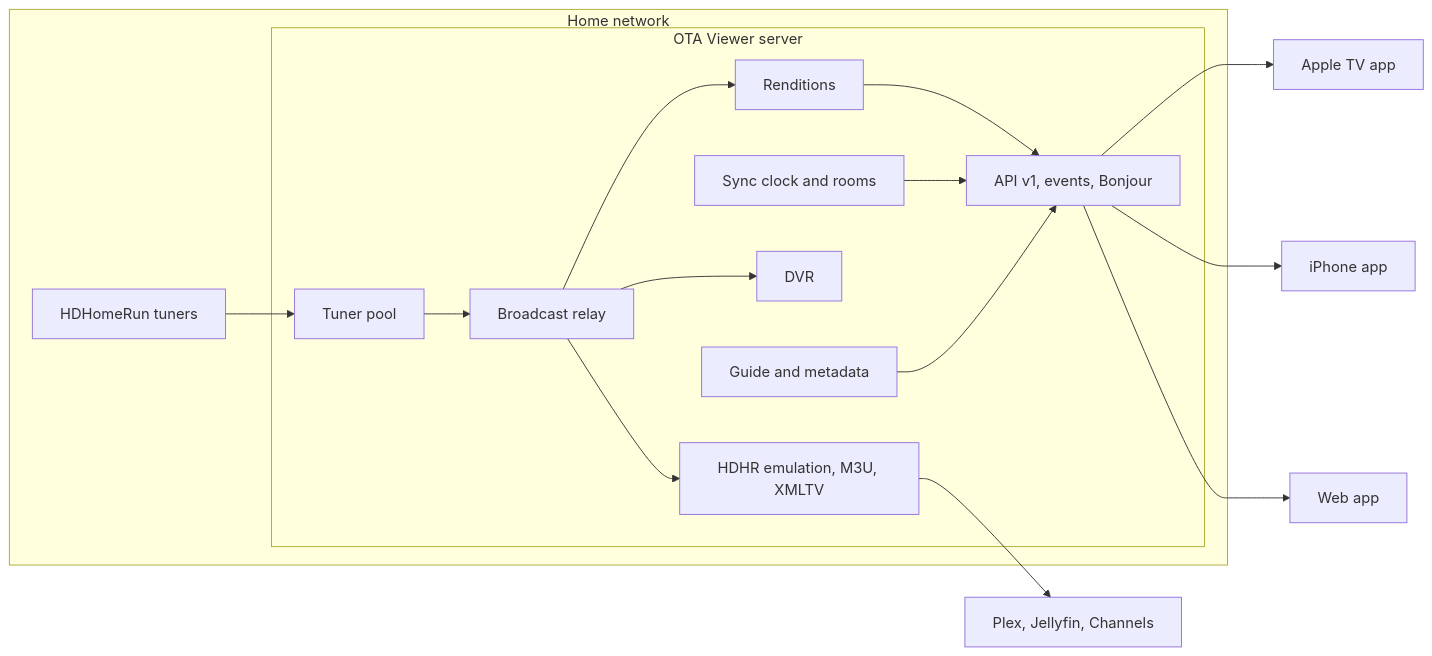
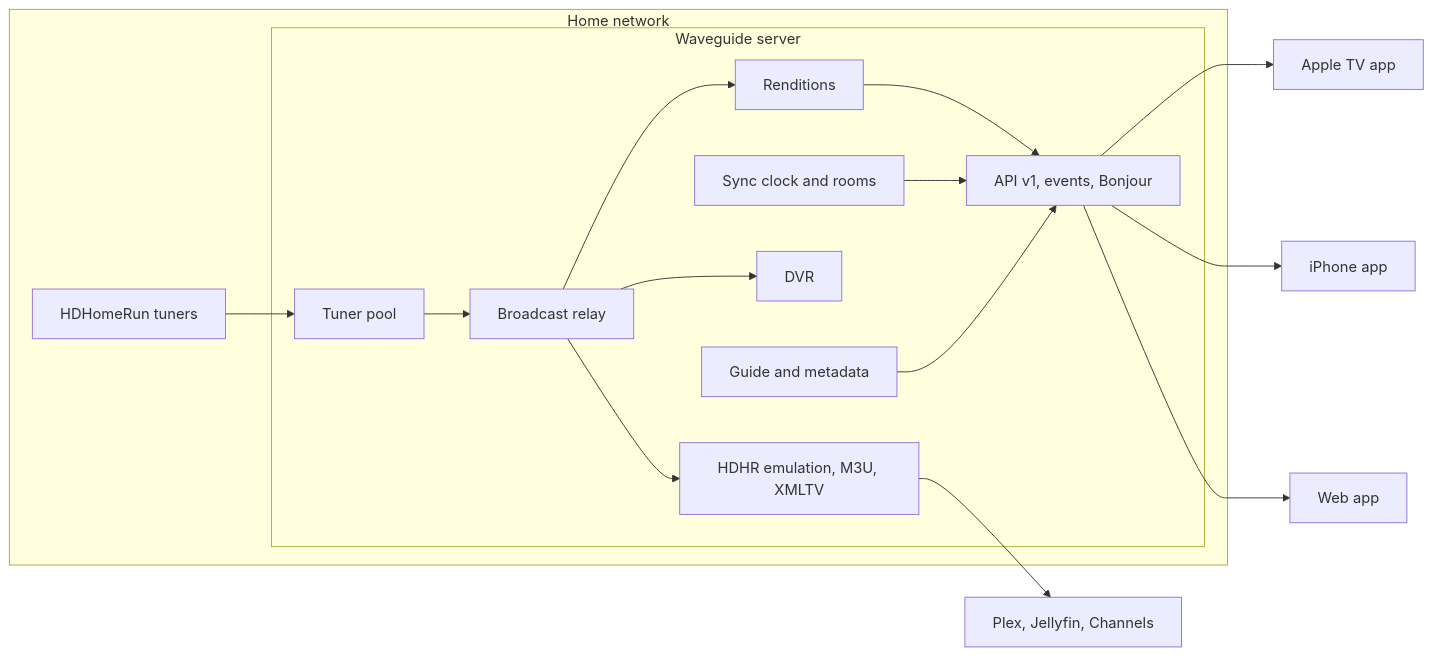
One commit to wolfebase/broadwave changed the diagram in docs/architecture.md. Above: the diagram before and after it, drawn with Mermaid. The commit also changed other lines of this file and 85 other files, not shown here.

````diff
--- a/docs/architecture.md
+++ b/docs/architecture.md
@@ -3,26 +3,26 @@
 ```mermaid
 flowchart LR
   subgraph home [Home network]
     HDHR[HDHomeRun tuners]
-    subgraph server [OTA Viewer server]
+    subgraph server [Waveguide server]
       TunerPool[Tuner pool]
       Relay[Broadcast relay]
       Renditions[Renditions]
       Sync[Sync clock and rooms]
       DVR[DVR]
       Guide[Guide and metadata]
       API[API v1, events, Bonjour]
       Export[HDHR emulation, M3U, XMLTV]
     end
   end
   HDHR --> TunerPool --> Relay --> Renditions
   Relay --> DVR
   Renditions --> API
   Sync --> API
   Guide --> API
   Relay --> Export
   API --> TV[Apple TV app]
   API --> Phone[iPhone app]
   API --> Web[Web app]
   Export --> Others[Plex, Jellyfin, Channels]
 ```
````
